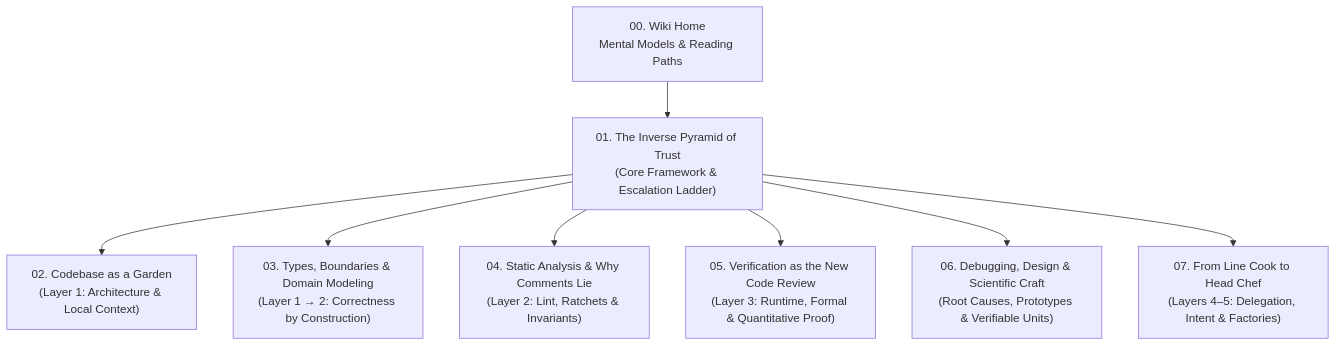
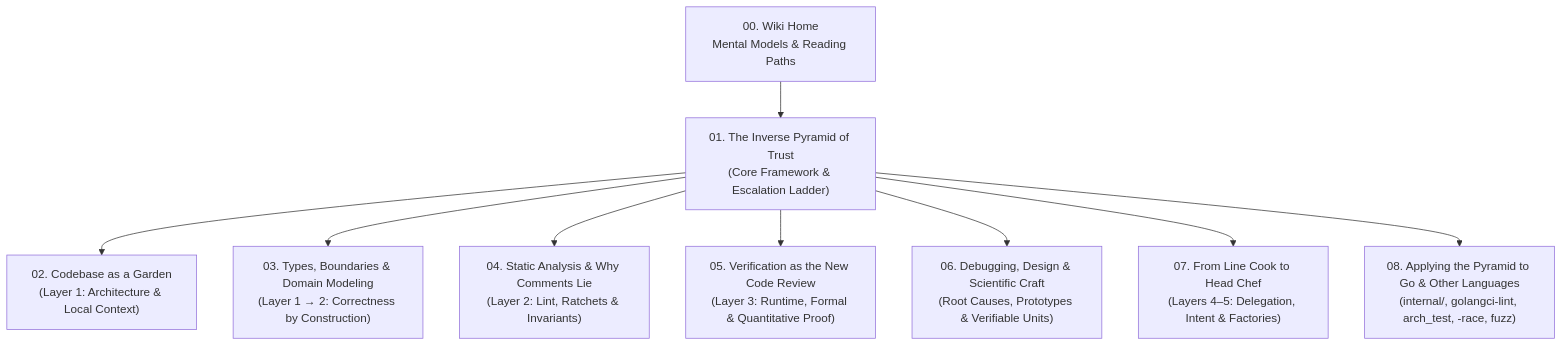
Before and after one commit to almenglee/cursor-plugins: the diagram in docs/wiki/README.md, drawn with Mermaid. The commit also changed other lines of this file and 5 other files, not shown here.

````diff
--- a/docs/wiki/README.md
+++ b/docs/wiki/README.md
@@ -22,19 +22,21 @@
 ```mermaid
 flowchart TD
     HOME["00. Wiki Home<br/>Mental Models & Reading Paths"]
     P1["01. The Inverse Pyramid of Trust<br/>(Core Framework & Escalation Ladder)"]
     P2["02. Codebase as a Garden<br/>(Layer 1: Architecture & Local Context)"]
     P3["03. Types, Boundaries & Domain Modeling<br/>(Layer 1 → 2: Correctness by Construction)"]
     P4["04. Static Analysis & Why Comments Lie<br/>(Layer 2: Lint, Ratchets & Invariants)"]
     P5["05. Verification as the New Code Review<br/>(Layer 3: Runtime, Formal & Quantitative Proof)"]
     P6["06. Debugging, Design & Scientific Craft<br/>(Root Causes, Prototypes & Verifiable Units)"]
     P7["07. From Line Cook to Head Chef<br/>(Layers 4–5: Delegation, Intent & Factories)"]
+    P8["08. Applying the Pyramid to Go & Other Languages<br/>(internal/, golangci-lint, arch_test, -race, fuzz)"]
 
     HOME --> P1
     P1 --> P2
     P1 --> P3
     P1 --> P4
     P1 --> P5
     P1 --> P6
     P1 --> P7
+    P1 --> P8
 ```
````
